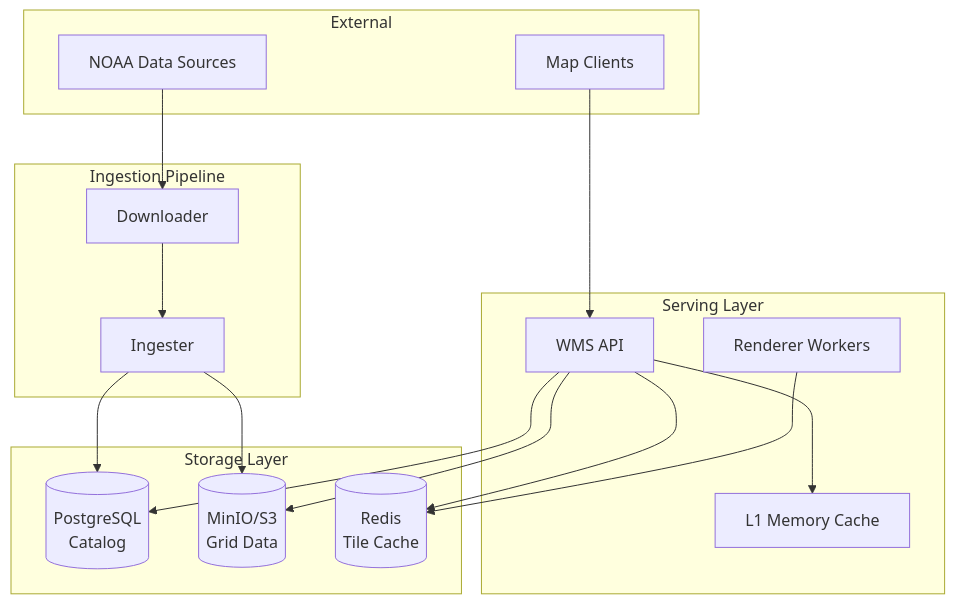
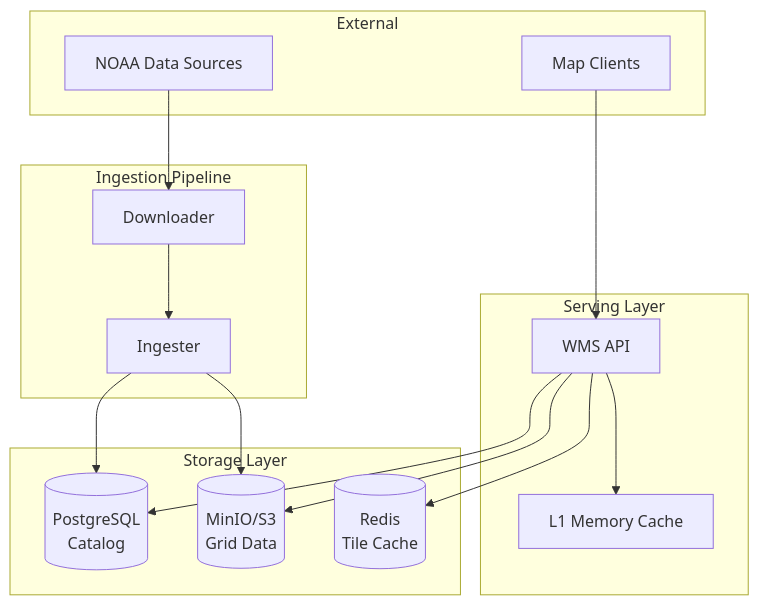
The diagram in docs/src/architecture/README.md (JoegottabeGitenme/JoeGCServices), drawn with Mermaid before and after one commit. The commit also changed other lines of this file and 4 other files, not shown here.

````diff
--- a/docs/src/architecture/README.md
+++ b/docs/src/architecture/README.md
@@ -38,39 +37,37 @@
 ```mermaid
 graph TB
     subgraph External
         NOAA["NOAA Data Sources"]
         Client["Map Clients"]
     end
     
     subgraph Ingestion["Ingestion Pipeline"]
         DL["Downloader"]
         ING["Ingester"]
     end
     
     subgraph Storage["Storage Layer"]
         PG[("PostgreSQL
         Catalog")]
         MINIO[("MinIO/S3
         Grid Data")]
         REDIS[("Redis
         Tile Cache")]
     end
     
     subgraph Serving["Serving Layer"]
         API["WMS API"]
         L1["L1 Memory Cache"]
-        WORKER["Renderer Workers"]
     end
     
     NOAA --> DL
     DL --> ING
     ING --> PG
     ING --> MINIO
     
     Client --> API
     API --> L1
     API --> REDIS
     API --> MINIO
     API --> PG
-    WORKER --> REDIS
 ```
````
